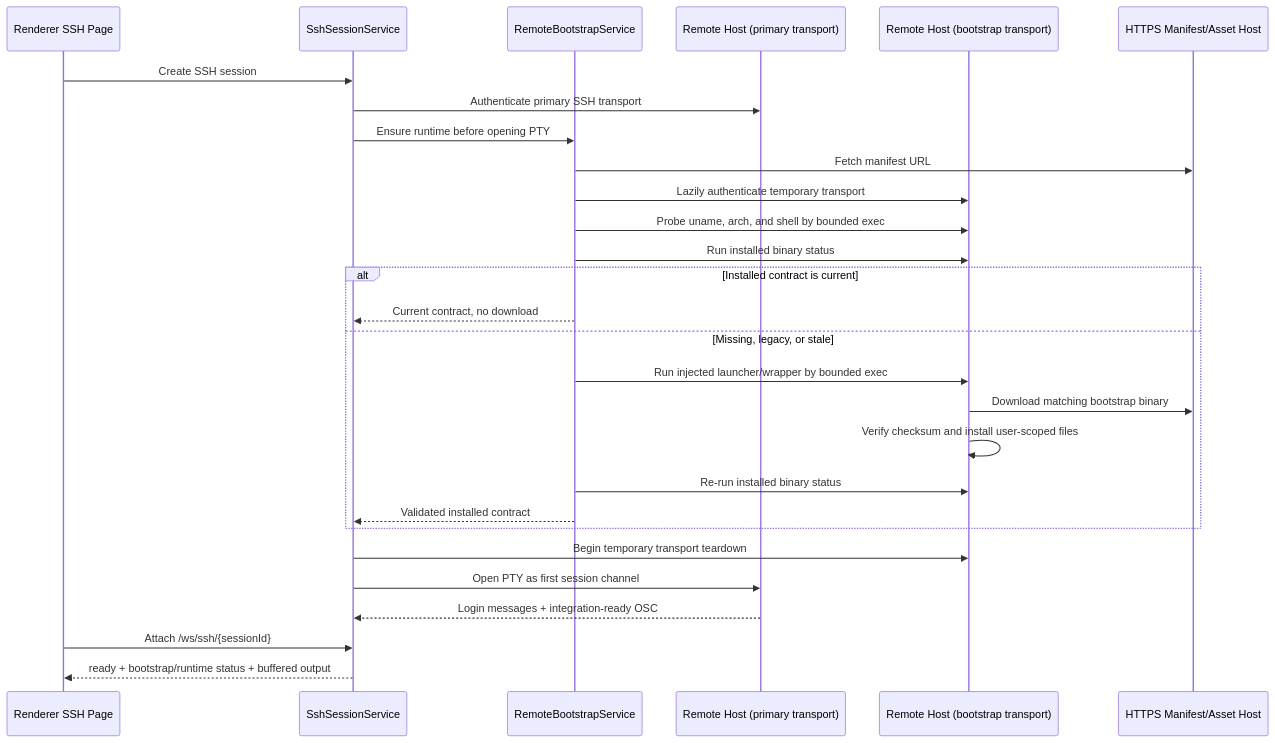
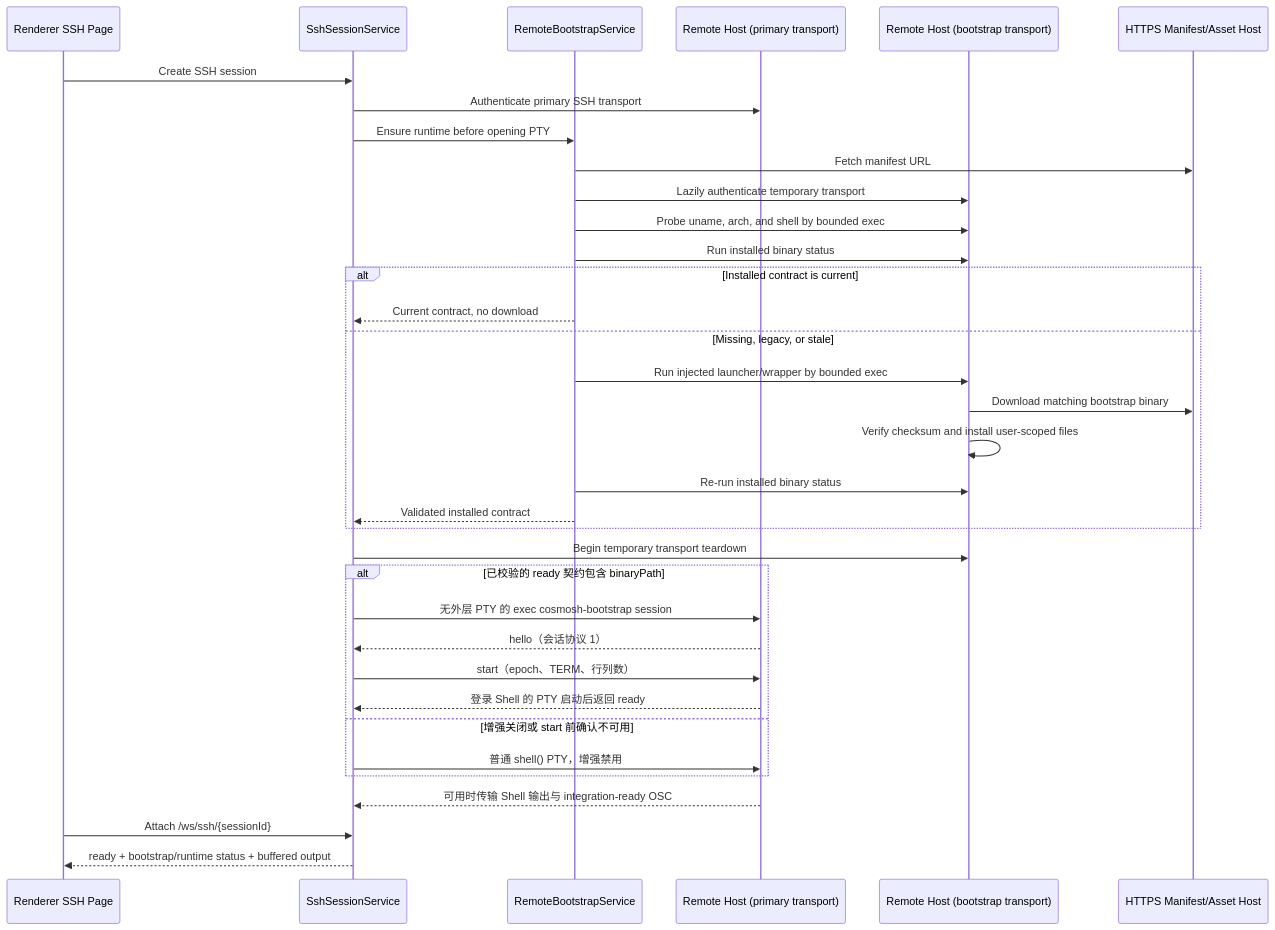
One commit to agoudbg/Cosmosh changed the third of 5 diagrams in docs/zh-CN/developer/runtime/ssh-terminal.md. Above: the diagram before and after it, drawn with Mermaid. The commit also changed other lines of this file and 23 other files, not shown here.

````diff
--- a/docs/zh-CN/developer/runtime/ssh-terminal.md
+++ b/docs/zh-CN/developer/runtime/ssh-terminal.md
@@ -416,31 +416,38 @@
 ```mermaid
 sequenceDiagram
   participant UI as Renderer SSH Page
   participant SSH as SshSessionService
   participant BOOT as RemoteBootstrapService
   participant PRIMARY as Remote Host (primary transport)
   participant AUX as Remote Host (bootstrap transport)
   participant REL as HTTPS Manifest/Asset Host
 
   UI->>SSH: Create SSH session
   SSH->>PRIMARY: Authenticate primary SSH transport
   SSH->>BOOT: Ensure runtime before opening PTY
   BOOT->>REL: Fetch manifest URL
   BOOT->>AUX: Lazily authenticate temporary transport
   BOOT->>AUX: Probe uname, arch, and shell by bounded exec
   BOOT->>AUX: Run installed binary status
   alt Installed contract is current
     BOOT-->>SSH: Current contract, no download
   else Missing, legacy, or stale
     BOOT->>AUX: Run injected launcher/wrapper by bounded exec
     AUX->>REL: Download matching bootstrap binary
     AUX->>AUX: Verify checksum and install user-scoped files
     BOOT->>AUX: Re-run installed binary status
     BOOT-->>SSH: Validated installed contract
   end
   SSH->>AUX: Begin temporary transport teardown
-  SSH->>PRIMARY: Open PTY as first session channel
-  PRIMARY-->>SSH: Login messages + integration-ready OSC
+  alt 已校验的 ready 契约包含 binaryPath
+    SSH->>PRIMARY: 无外层 PTY 的 exec cosmosh-bootstrap session
+    PRIMARY-->>SSH: hello（会话协议 1）
+    SSH->>PRIMARY: start（epoch、TERM、行列数）
+    PRIMARY-->>SSH: 登录 Shell 的 PTY 启动后返回 ready
+  else 增强关闭或 start 前确认不可用
+    SSH->>PRIMARY: 普通 shell() PTY，增强禁用
+  end
+  PRIMARY-->>SSH: 可用时传输 Shell 输出与 integration-ready OSC
   UI->>SSH: Attach /ws/ssh/{sessionId}
   SSH-->>UI: ready + bootstrap/runtime status + buffered output
 ```
````
